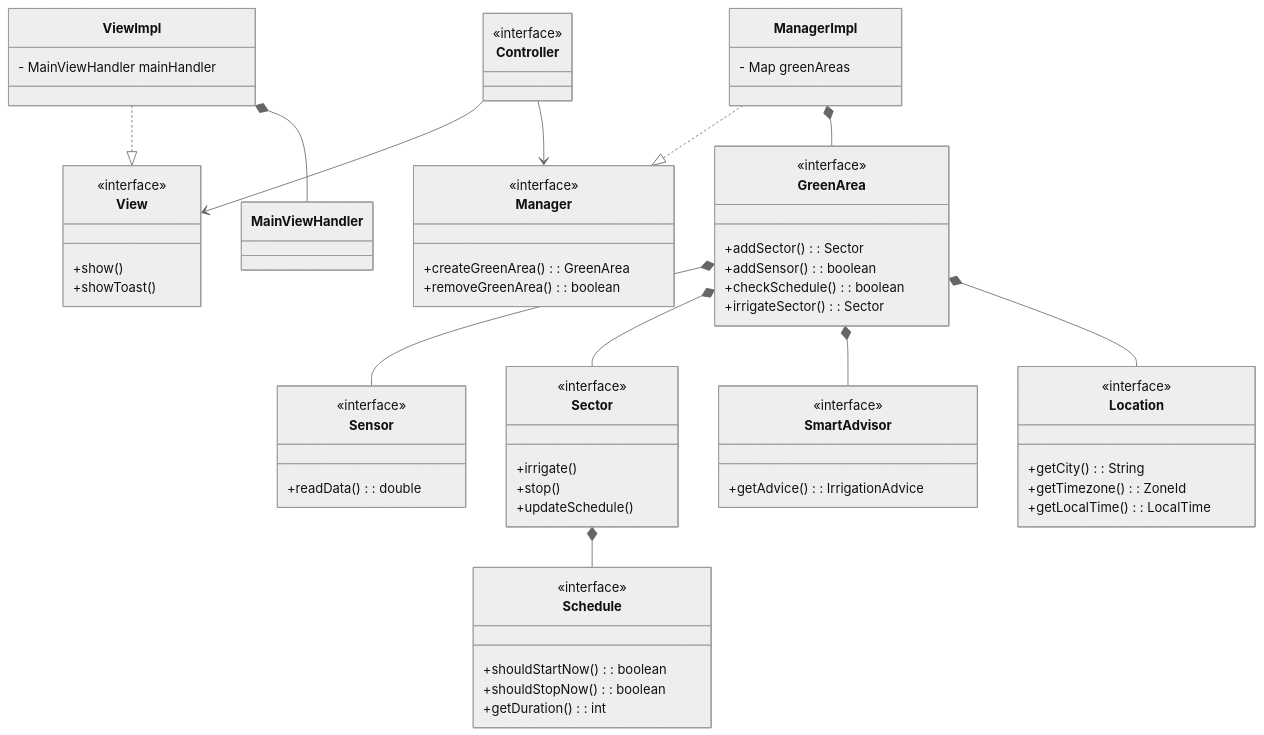
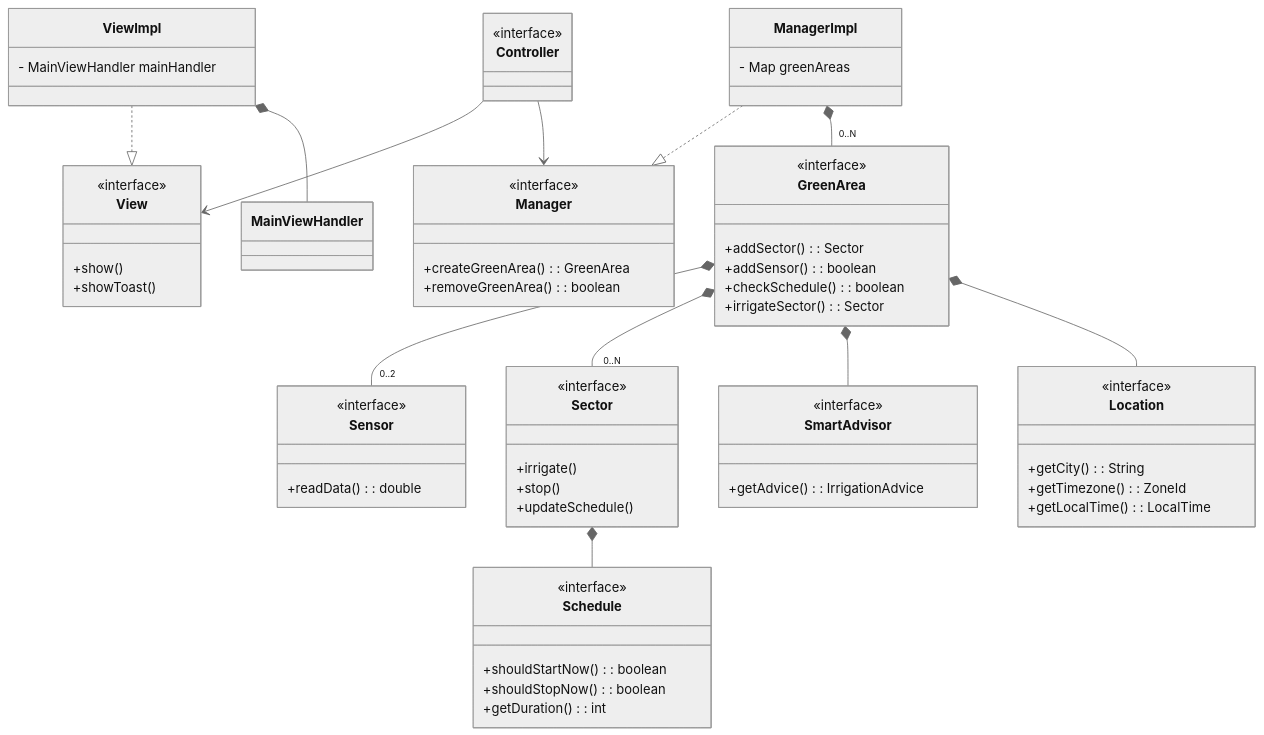
One commit to filippo16/pss-23-24-SystemGarden-Lutterotti changed the second of 6 diagrams in README.md. Above: the diagram before and after it, drawn with Mermaid (neutral theme). The commit also changed other lines of this file, not shown here.

Commit message:
update uml

```diff
--- a/README.md
+++ b/README.md
@@ -199,9 +199,9 @@
 
     ViewImpl *-- MainViewHandler
 
-    ManagerImpl *-- GreenArea
-    GreenArea *-- Sensor
-    GreenArea *-- Sector
+    ManagerImpl *-- "0..N" GreenArea
+    GreenArea *-- "0..2" Sensor
+    GreenArea *-- "0..N" Sector
     GreenArea *-- SmartAdvisor
     GreenArea *-- Location
     
```
